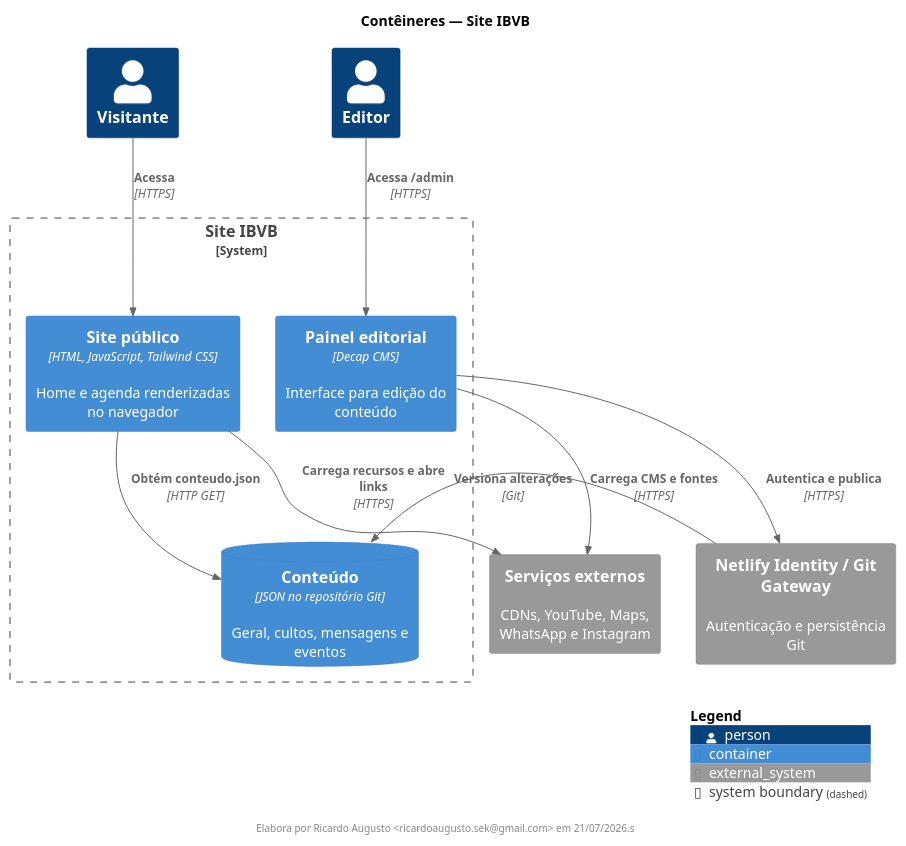
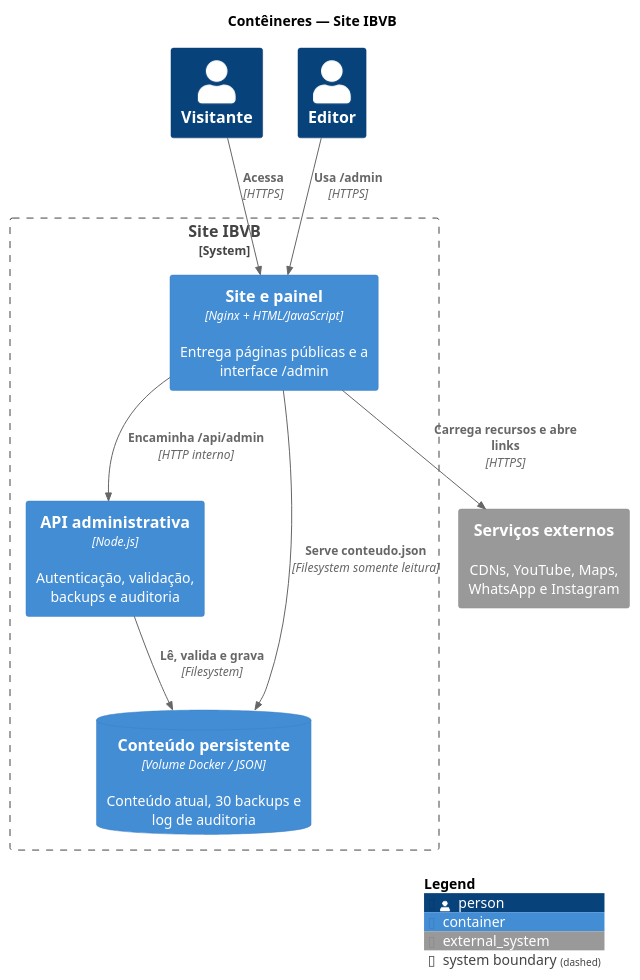
One commit to agenciaho/site-ibvb changed the diagram in documentacao/devops/c4-containers.puml. Above: the diagram before and after it, drawn with PlantUML. The commit also changed other lines of this file and 16 other files, not shown here.

Commit message:
resolvido interface /admin.  Revisar!

```diff
--- a/documentacao/devops/c4-containers.puml
+++ b/documentacao/devops/c4-containers.puml
@@ -1,29 +1,25 @@
 @startuml C4_Containers_IBVB
 !includeurl https://raw.githubusercontent.com/plantuml-stdlib/C4-PlantUML/master/C4_Container.puml
 
 title Contêineres — Site IBVB
 
 Person(visitante, "Visitante")
 Person(editor, "Editor")
 
 System_Boundary(ibvb, "Site IBVB") {
-  Container(web, "Site público", "HTML, JavaScript, Tailwind CSS", "Home e agenda renderizadas no navegador")
-  Container(admin, "Painel editorial", "Decap CMS", "Interface para edição do conteúdo")
-  ContainerDb(content, "Conteúdo", "JSON no repositório Git", "Geral, cultos, mensagens e eventos")
+  Container(web, "Site e painel", "Nginx + HTML/JavaScript", "Entrega páginas públicas e a interface /admin")
+  Container(api, "API administrativa", "Node.js", "Autenticação, validação, backups e auditoria")
+  ContainerDb(content, "Conteúdo persistente", "Volume Docker / JSON", "Conteúdo atual, 30 backups e log de auditoria")
 }
 
-System_Ext(identity, "Netlify Identity / Git Gateway", "Autenticação e persistência Git")
 System_Ext(externals, "Serviços externos", "CDNs, YouTube, Maps, WhatsApp e Instagram")
 
 Rel(visitante, web, "Acessa", "HTTPS")
-Rel(editor, admin, "Acessa /admin", "HTTPS")
-Rel(web, content, "Obtém conteudo.json", "HTTP GET")
-Rel(admin, identity, "Autentica e publica", "HTTPS")
-Rel(identity, content, "Versiona alterações", "Git")
+Rel(editor, web, "Usa /admin", "HTTPS")
+Rel(web, api, "Encaminha /api/admin", "HTTP interno")
+Rel(api, content, "Lê, valida e grava", "Filesystem")
+Rel(web, content, "Serve conteudo.json", "Filesystem somente leitura")
 Rel(web, externals, "Carrega recursos e abre links", "HTTPS")
-Rel(admin, externals, "Carrega CMS e fontes", "HTTPS")
-
-footer Elabora por Ricardo Augusto <ricardoaugusto.sek@gmail.com> em 21/07/2026.s
 
 SHOW_LEGEND()
 @enduml
```
